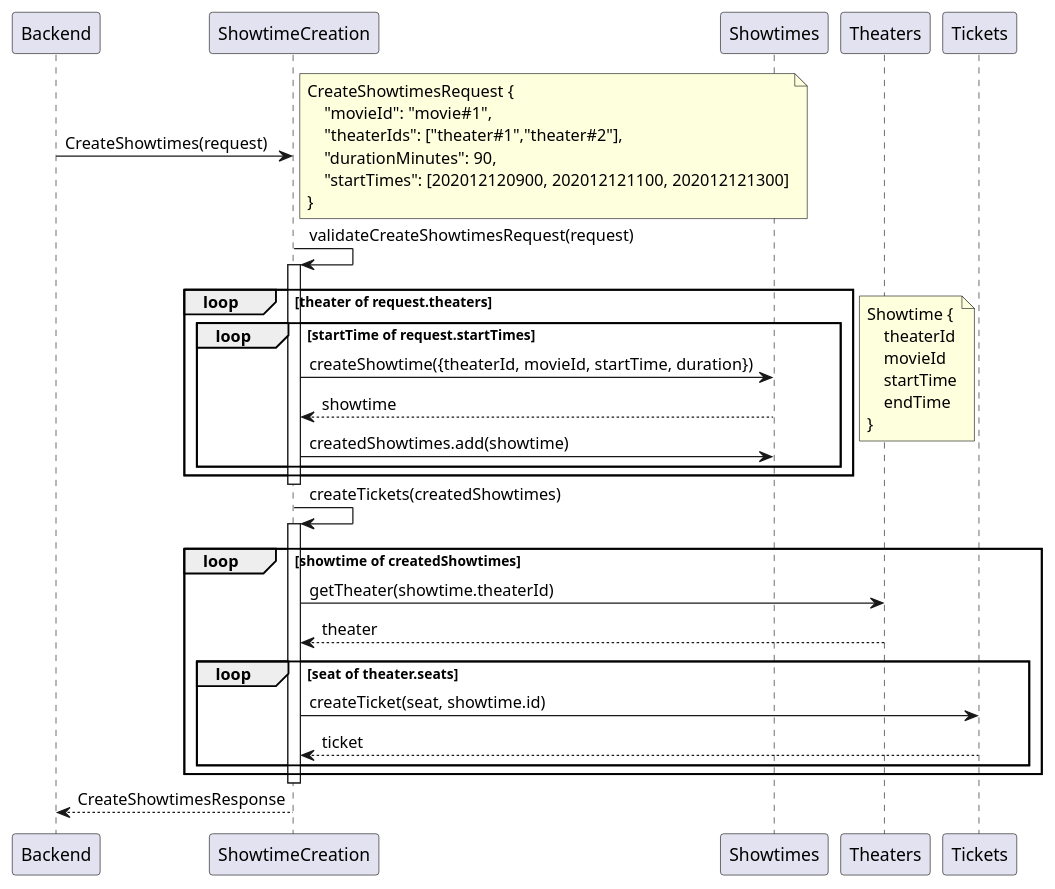
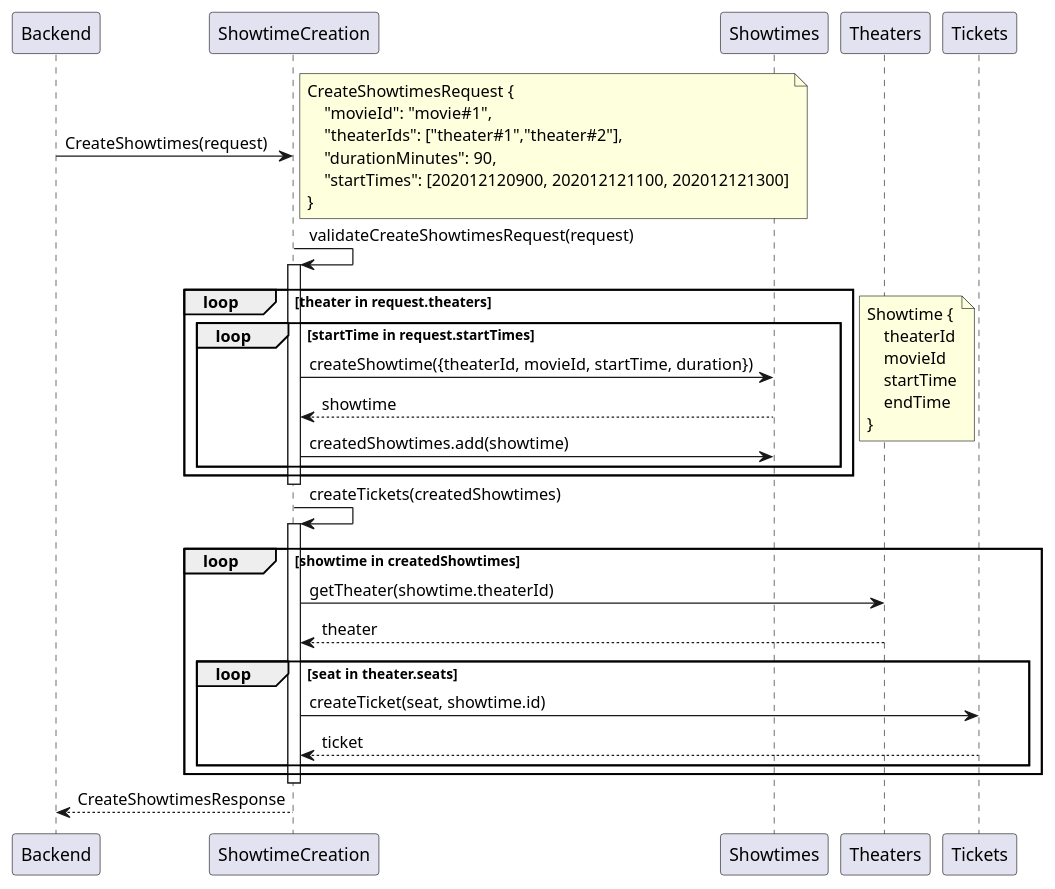
One commit to mannercode/nest-seed changed the second of 3 diagrams in docs/showtime-creation.md. Above: the diagram before and after it, drawn with PlantUML. The commit also changed other lines of this file and 44 other files, not shown here.

````diff
--- a/docs/showtime-creation.md
+++ b/docs/showtime-creation.md
@@ -90,46 +90,46 @@
 ```plantuml
 @startuml
 Backend -> ShowtimeCreation: CreateShowtimes(request)
 note right
 CreateShowtimesRequest {
     "movieId": "movie#1",
     "theaterIds": ["theater#1","theater#2"],
     "durationMinutes": 90,
     "startTimes": [202012120900, 202012121100, 202012121300]
 }
 end note
 
 ShowtimeCreation -> ShowtimeCreation: validateCreateShowtimesRequest(request)
 activate ShowtimeCreation
-loop theater of request.theaters
-    loop startTime of request.startTimes
+loop theater in request.theaters
+    loop startTime in request.startTimes
         ShowtimeCreation -> Showtimes: createShowtime({theaterId, movieId, startTime, duration})
         ShowtimeCreation <-- Showtimes: showtime
         ShowtimeCreation -> Showtimes: createdShowtimes.add(showtime)
     end
 end
 note right
 Showtime {
     theaterId
     movieId
     startTime
     endTime
 }
 end note
 deactivate ShowtimeCreation
 
 ShowtimeCreation -> ShowtimeCreation: createTickets(createdShowtimes)
 activate ShowtimeCreation
-loop showtime of createdShowtimes
+loop showtime in createdShowtimes
     ShowtimeCreation -> Theaters: getTheater(showtime.theaterId)
     ShowtimeCreation <-- Theaters: theater
-    loop seat of theater.seats
+    loop seat in theater.seats
         ShowtimeCreation -> Tickets: createTicket(seat, showtime.id)
         ShowtimeCreation <-- Tickets: ticket
     end
 end
 deactivate ShowtimeCreation
 
 Backend <-- ShowtimeCreation: CreateShowtimesResponse
 @enduml
 ```
````
